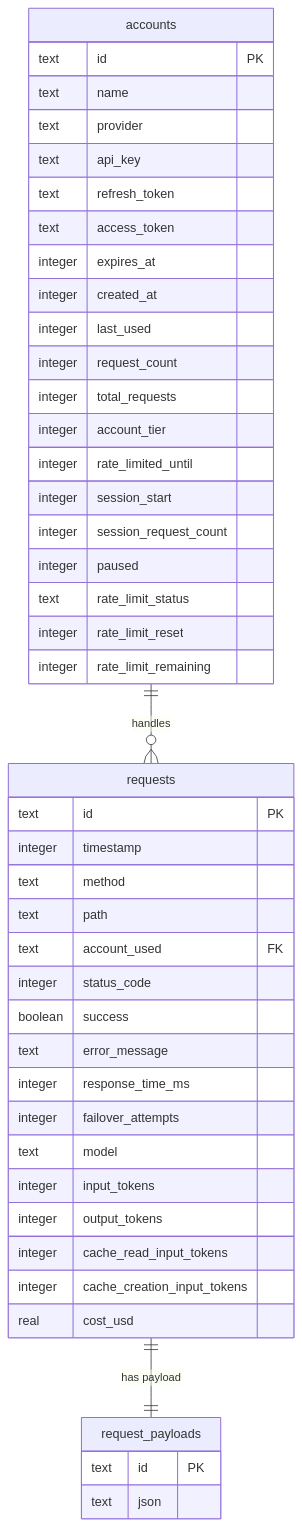
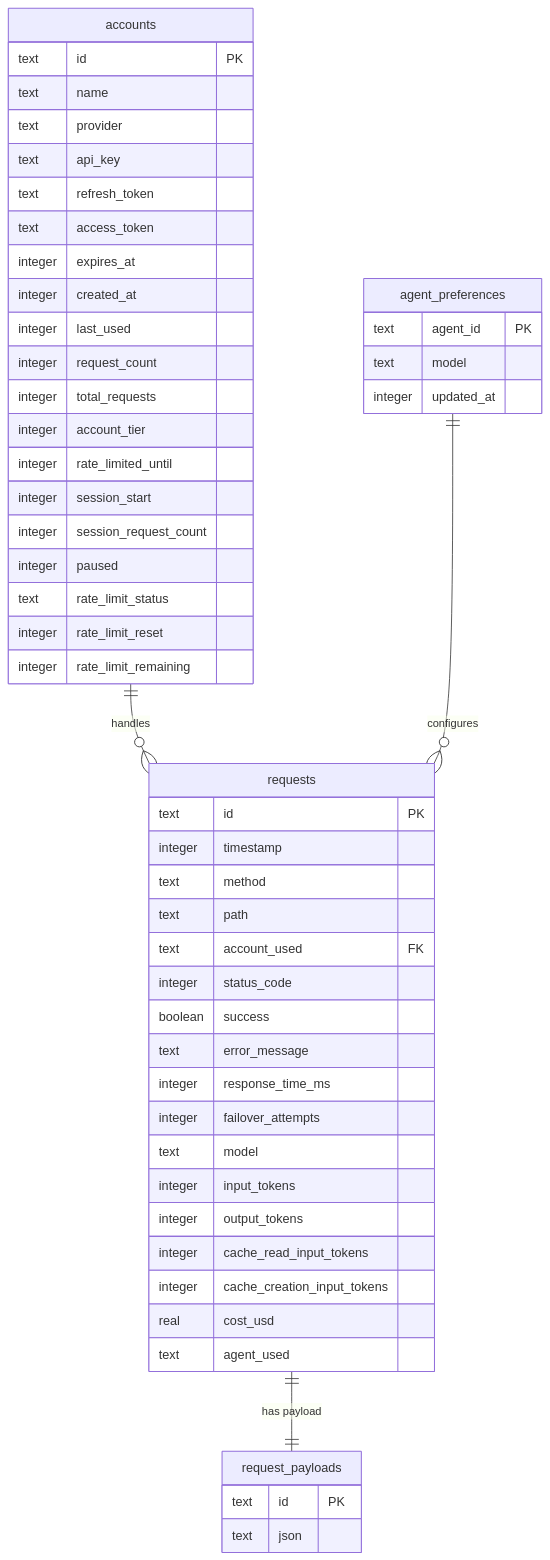
The eighth of 25 diagrams in docs/architecture.md (tombii/better-ccflare), drawn with Mermaid before and after one commit. The commit also changed other lines of this file and 14 other files, not shown here.

First line of the commit message:
docs(docs): overhaul architecture and CLI documentation

````diff
--- a/docs/architecture.md
+++ b/docs/architecture.md
@@ -305,51 +410,59 @@
 ```mermaid
 erDiagram
     accounts {
         text id PK
         text name
         text provider
         text api_key
         text refresh_token
         text access_token
         integer expires_at
         integer created_at
         integer last_used
         integer request_count
         integer total_requests
         integer account_tier
         integer rate_limited_until
         integer session_start
         integer session_request_count
         integer paused
         text rate_limit_status
         integer rate_limit_reset
         integer rate_limit_remaining
     }
     
     requests {
         text id PK
         integer timestamp
         text method
         text path
         text account_used FK
         integer status_code
         boolean success
         text error_message
         integer response_time_ms
         integer failover_attempts
         text model
         integer input_tokens
         integer output_tokens
         integer cache_read_input_tokens
         integer cache_creation_input_tokens
         real cost_usd
+        text agent_used
     }
     
     request_payloads {
         text id PK
         text json
     }
     
+    agent_preferences {
+        text agent_id PK
+        text model
+        integer updated_at
+    }
+    
     accounts ||--o{ requests : "handles"
     requests ||--|| request_payloads : "has payload"
+    agent_preferences ||--o{ requests : "configures"
 ```
````
